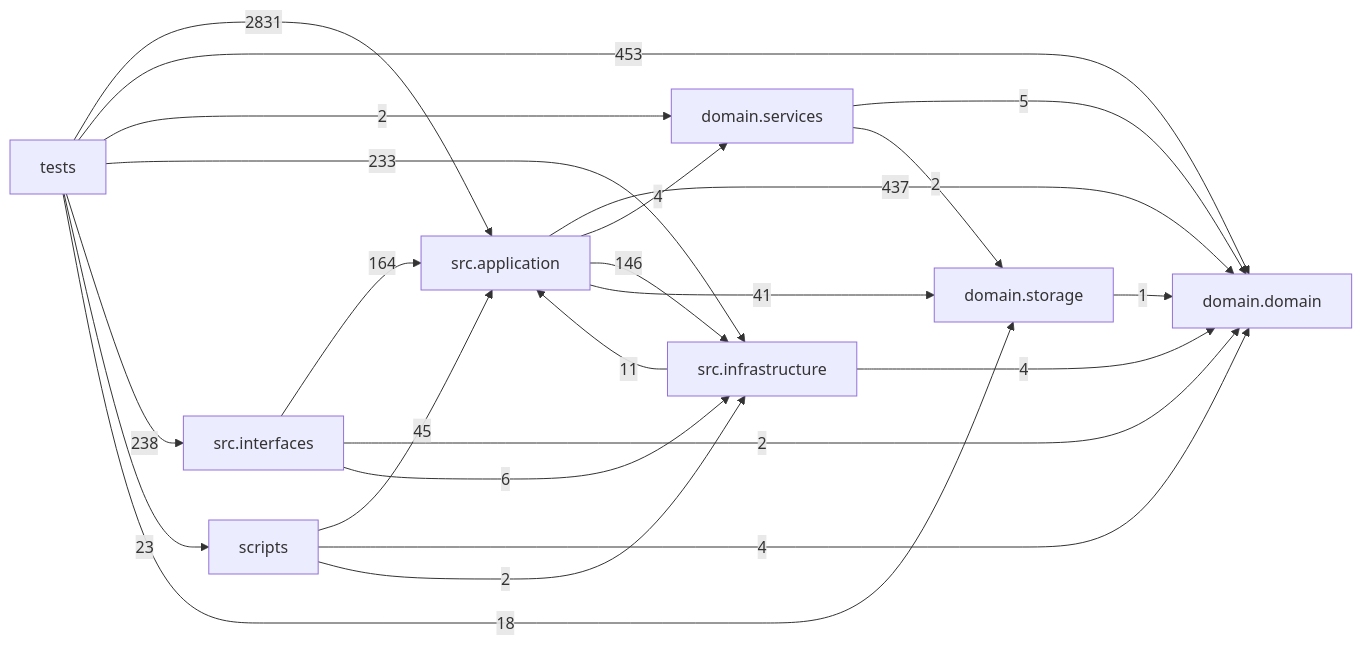
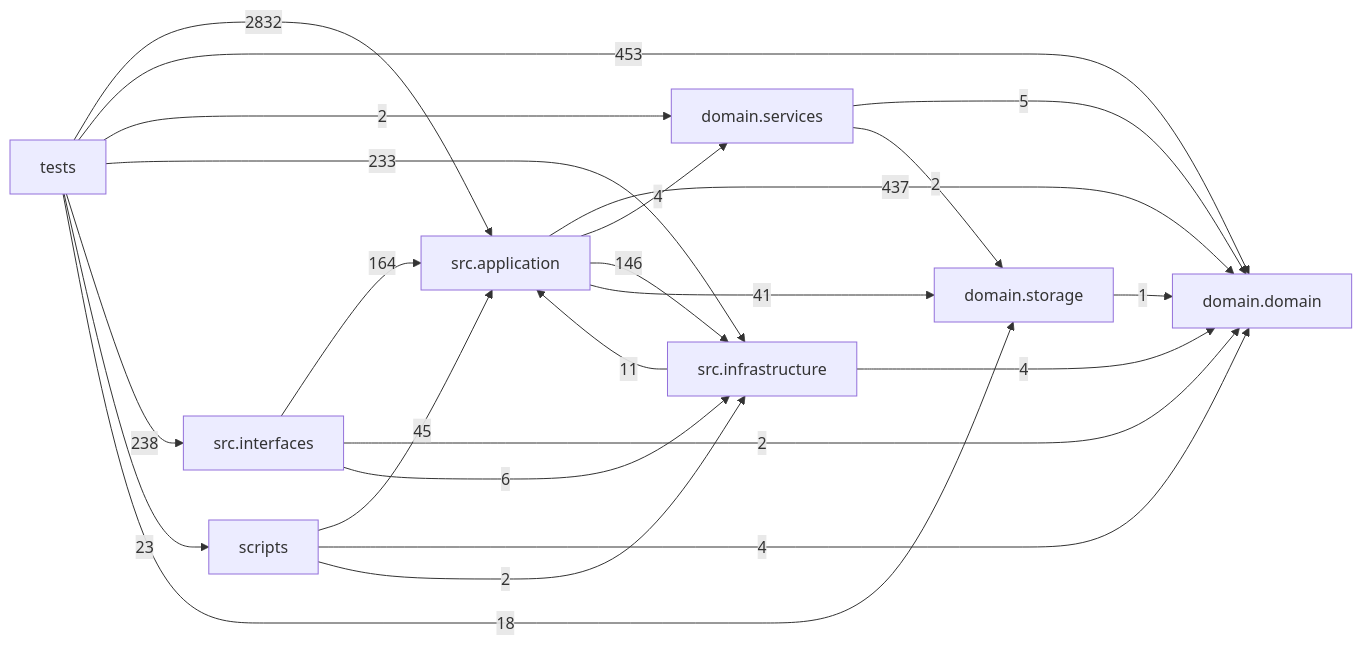
The diagram in docs/DEPENDENCY_GRAPH.md (liuxie066/options-monitor), drawn with Mermaid before and after one commit. The commit also changed other lines of this file and 3 other files, not shown here.

````diff
--- a/docs/DEPENDENCY_GRAPH.md
+++ b/docs/DEPENDENCY_GRAPH.md
@@ -24,33 +24,33 @@
 ```mermaid
 flowchart LR
   tests["tests"]
   scripts["scripts"]
   interfaces["src.interfaces"]
   application["src.application"]
   infrastructure["src.infrastructure"]
   domain_services["domain.services"]
   domain["domain.domain"]
   storage["domain.storage"]
   application -->|437| domain
   application -->|4| domain_services
   application -->|146| infrastructure
   application -->|41| storage
   domain_services -->|5| domain
   domain_services -->|2| storage
   infrastructure -->|11| application
   infrastructure -->|4| domain
   interfaces -->|164| application
   interfaces -->|2| domain
   interfaces -->|6| infrastructure
   scripts -->|45| application
   scripts -->|4| domain
   scripts -->|2| infrastructure
   storage -->|1| domain
-  tests -->|2831| application
+  tests -->|2832| application
   tests -->|453| domain
   tests -->|2| domain_services
   tests -->|233| infrastructure
   tests -->|238| interfaces
   tests -->|23| scripts
   tests -->|18| storage
 ```
````
